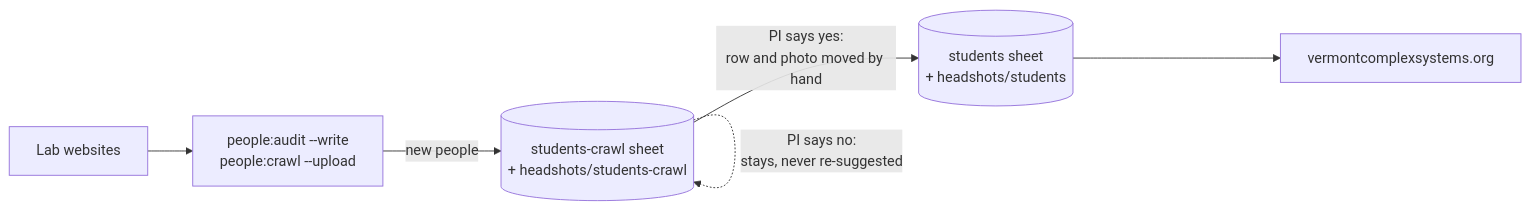
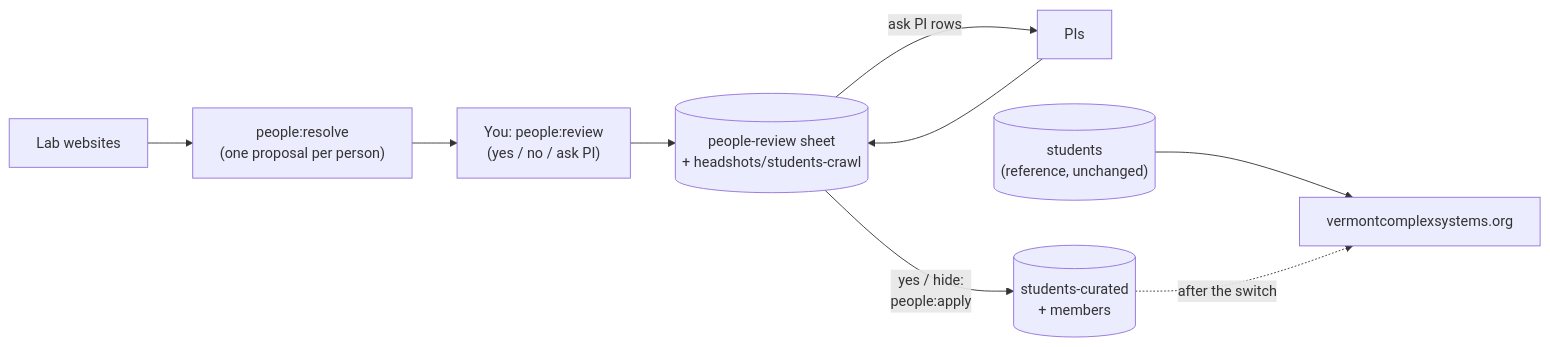
The diagram in scripts/people-audit/README.md (Vermont-Complex-Systems/vcsi-website), drawn with Mermaid before and after one commit. The commit also changed other lines of this file and 10 other files, not shown here.

````diff
--- a/scripts/people-audit/README.md
+++ b/scripts/people-audit/README.md
@@ -78,8 +34,11 @@
 ```mermaid
 flowchart LR
-    pages["Lab websites"] --> audit["people:audit --write<br/>people:crawl --upload"]
-    audit -- "new people" --> review[("students-crawl sheet<br/>+ headshots/students-crawl")]
-    review -- "PI says yes:<br/>row and photo moved by hand" --> students[("students sheet<br/>+ headshots/students")]
-    review -. "PI says no:<br/>stays, never re-suggested" .-> review
-    students --> site["vermontcomplexsystems.org"]
+    pages["Lab websites"] --> resolve["people:resolve<br/>(one proposal per person)"]
+    resolve --> you["You: people:review<br/>(yes / no / ask PI)"]
+    you --> review[("people-review sheet<br/>+ headshots/students-crawl")]
+    review -- "ask PI rows" --> pi["PIs"]
+    pi --> review
+    review -- "yes / hide:<br/>people:apply" --> sheets[("students-curated<br/>+ members")]
+    ref[("students<br/>(reference, unchanged)")] --> site["vermontcomplexsystems.org"]
+    sheets -. "after the switch" .-> site
 ```
````
